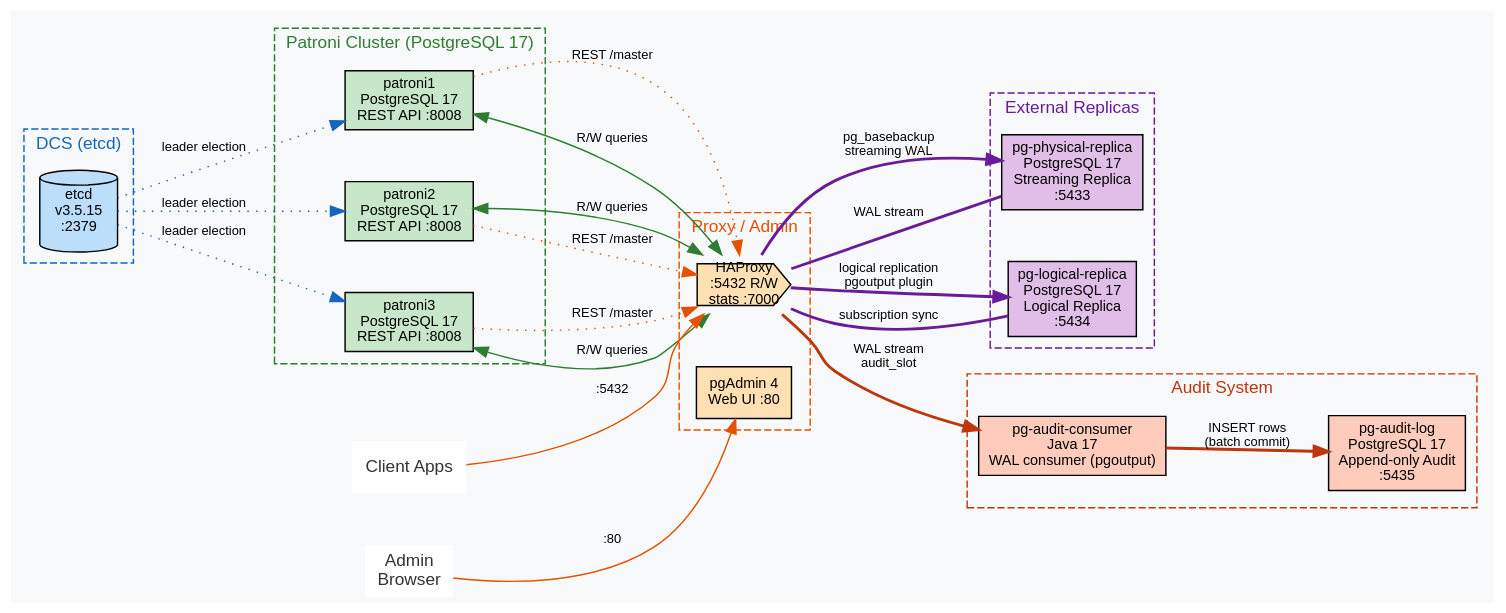
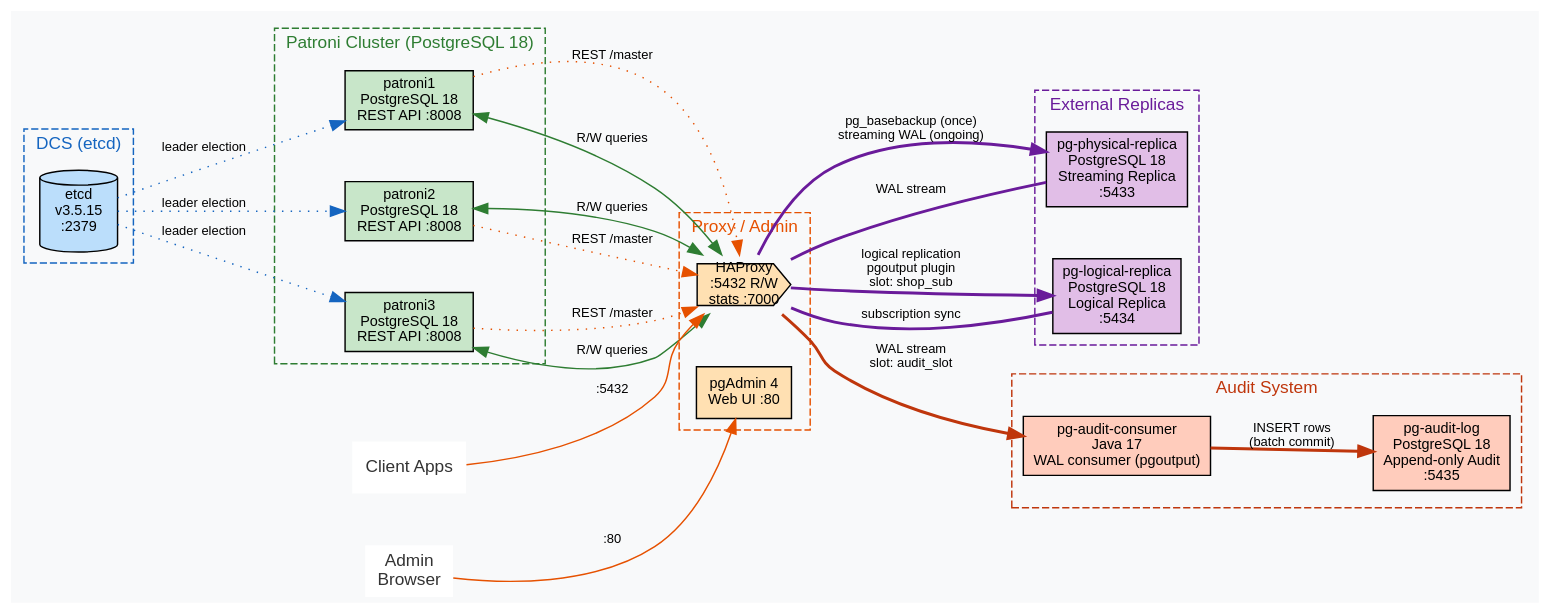
One commit to gertcik/db-patroni changed the diagram in patroni-cluster/architecture.dot. Above: the diagram before and after it, drawn with Graphviz. The commit also changed 24 other files, not shown here.

```diff
--- a/patroni-cluster/architecture.dot
+++ b/patroni-cluster/architecture.dot
@@ -1,99 +1,99 @@
 digraph G {
     rankdir=LR;
     splines=true;
     nodesep=0.5;
     ranksep=0.7;
     bgcolor="#f8f9fa";
     fontname="Arial";
     fontsize=11;
 
     node [shape=box, style=filled, fillcolor="white", fontname="Arial", fontsize=10];
     edge [fontname="Arial", fontsize=9];
 
     subgraph cluster_dcs {
         label="DCS (etcd)";
         style=dashed;
         fillcolor="#e3f2fd";
         color="#1565c0";
         fontcolor="#1565c0";
         fontsize=12;
 
         etcd [label="etcd\nv3.5.15\n:2379", fillcolor="#bbdefb", shape=cylinder];
     }
 
     subgraph cluster_patroni {
-        label="Patroni Cluster (PostgreSQL 17)";
+        label="Patroni Cluster (PostgreSQL 18)";
         style=dashed;
         fillcolor="#e8f5e9";
         color="#2e7d32";
         fontcolor="#2e7d32";
         fontsize=12;
 
-        patroni1 [label="patroni1\nPostgreSQL 17\nREST API :8008", fillcolor="#c8e6c9"];
-        patroni2 [label="patroni2\nPostgreSQL 17\nREST API :8008", fillcolor="#c8e6c9"];
-        patroni3 [label="patroni3\nPostgreSQL 17\nREST API :8008", fillcolor="#c8e6c9"];
+        patroni1 [label="patroni1\nPostgreSQL 18\nREST API :8008", fillcolor="#c8e6c9"];
+        patroni2 [label="patroni2\nPostgreSQL 18\nREST API :8008", fillcolor="#c8e6c9"];
+        patroni3 [label="patroni3\nPostgreSQL 18\nREST API :8008", fillcolor="#c8e6c9"];
     }
 
     subgraph cluster_proxy {
         label="Proxy / Admin";
         style=dashed;
         fillcolor="#fff3e0";
         color="#e65100";
         fontcolor="#e65100";
         fontsize=12;
 
         haproxy [label="HAProxy\n:5432 R/W\nstats :7000", fillcolor="#ffe0b2", shape=cds];
         pgadmin [label="pgAdmin 4\nWeb UI :80", fillcolor="#ffe0b2"];
     }
 
     subgraph cluster_replicas {
         label="External Replicas";
         style=dashed;
         fillcolor="#f3e5f5";
         color="#6a1b9a";
         fontcolor="#6a1b9a";
         fontsize=12;
 
-        physical [label="pg-physical-replica\nPostgreSQL 17\nStreaming Replica\n:5433", fillcolor="#e1bee7"];
-        logical [label="pg-logical-replica\nPostgreSQL 17\nLogical Replica\n:5434", fillcolor="#e1bee7"];
+        physical [label="pg-physical-replica\nPostgreSQL 18\nStreaming Replica\n:5433", fillcolor="#e1bee7"];
+        logical [label="pg-logical-replica\nPostgreSQL 18\nLogical Replica\n:5434", fillcolor="#e1bee7"];
     }
 
     subgraph cluster_audit {
         label="Audit System";
         style=dashed;
         fillcolor="#fbe9e7";
         color="#bf360c";
         fontcolor="#bf360c";
         fontsize=12;
 
         audit_consumer [label="pg-audit-consumer\nJava 17\nWAL consumer (pgoutput)", fillcolor="#ffccbc"];
-        audit_log [label="pg-audit-log\nPostgreSQL 17\nAppend-only Audit\n:5435", fillcolor="#ffccbc"];
+        audit_log [label="pg-audit-log\nPostgreSQL 18\nAppend-only Audit\n:5435", fillcolor="#ffccbc"];
     }
 
     etcd -> patroni1 [label=" leader election", style=dotted, color="#1565c0"];
     etcd -> patroni2 [label=" leader election", style=dotted, color="#1565c0"];
     etcd -> patroni3 [label=" leader election", style=dotted, color="#1565c0"];
 
     patroni1 -> haproxy [label=" REST /master", style=dotted, color="#e65100"];
     patroni2 -> haproxy [label=" REST /master", style=dotted, color="#e65100"];
     patroni3 -> haproxy [label=" REST /master", style=dotted, color="#e65100"];
 
     haproxy -> patroni1 [label=" R/W queries", dir=both, color="#2e7d32"];
     haproxy -> patroni2 [label=" R/W queries", dir=both, color="#2e7d32"];
     haproxy -> patroni3 [label=" R/W queries", dir=both, color="#2e7d32"];
 
-    haproxy -> physical [label=" pg_basebackup\n streaming WAL", style=bold, color="#6a1b9a"];
+    haproxy -> physical [label=" pg_basebackup (once)\n streaming WAL (ongoing)", style=bold, color="#6a1b9a"];
     physical -> haproxy [label=" WAL stream", style=bold, dir=none, color="#6a1b9a"];
 
-    haproxy -> logical [label=" logical replication\n pgoutput plugin", style=bold, color="#6a1b9a"];
+    haproxy -> logical [label=" logical replication\n pgoutput plugin\n slot: shop_sub", style=bold, color="#6a1b9a"];
     logical -> haproxy [label=" subscription sync", style=bold, dir=none, color="#6a1b9a"];
 
-    haproxy -> audit_consumer [label=" WAL stream\n audit_slot", style=bold, color="#bf360c"];
+    haproxy -> audit_consumer [label=" WAL stream\n slot: audit_slot", style=bold, color="#bf360c"];
     audit_consumer -> audit_log [label=" INSERT rows\n (batch commit)", style=bold, color="#bf360c"];
 
     user [label="Client Apps", shape=plaintext, fontsize=12, fontcolor="gray20"];
     user -> haproxy [label=" :5432", color="#e65100"];
 
     admin [label="Admin\nBrowser", shape=plaintext, fontsize=12, fontcolor="gray20"];
     admin -> pgadmin [label=" :80", color="#e65100"];
 }
```
